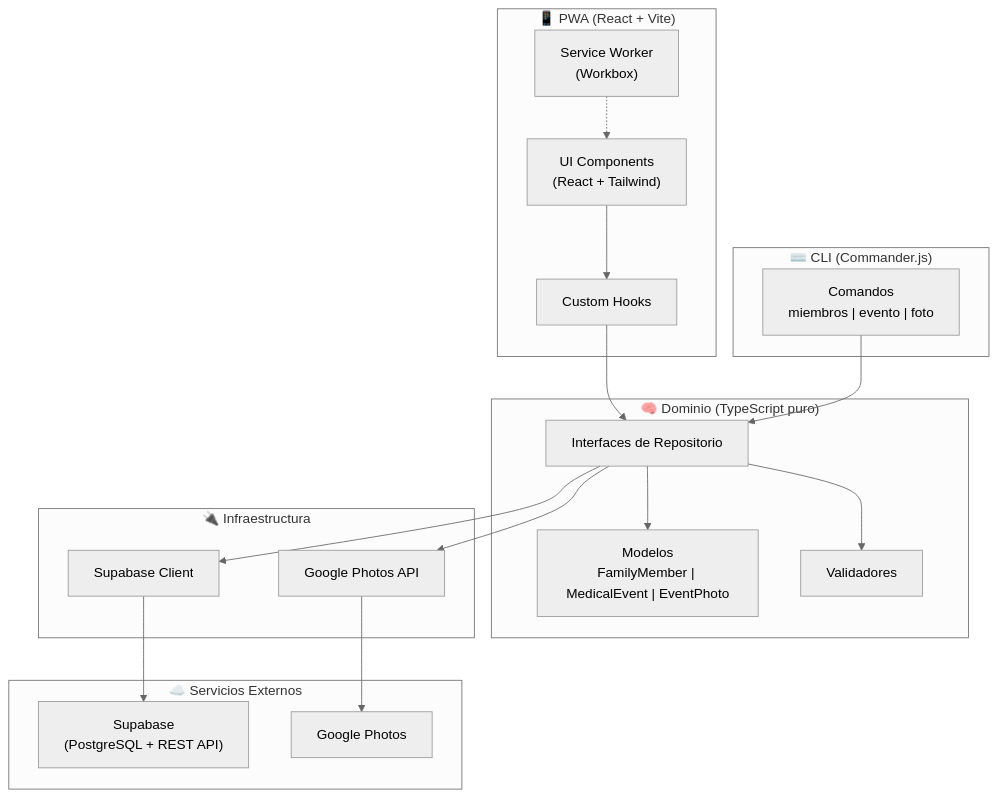
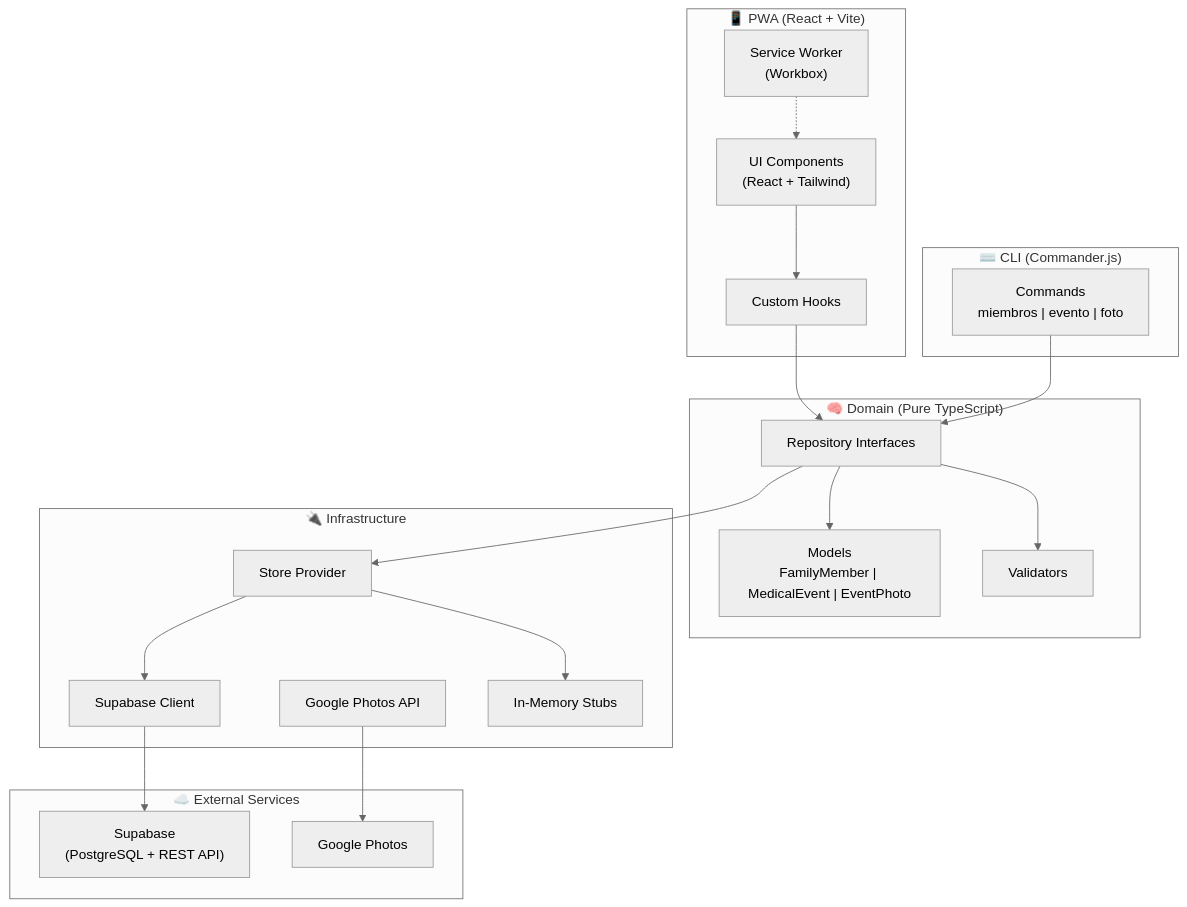
The diagram in docs/system-diagram.md (alejandroechev/medical-data-app), drawn with Mermaid (neutral theme) before and after one commit. The commit also changed other lines of this file and 5 other files, not shown here.

````diff
--- a/docs/system-diagram.md
+++ b/docs/system-diagram.md
@@ -3,39 +3,42 @@
 ```mermaid
 graph TB
-    subgraph Cliente["📱 PWA (React + Vite)"]
+    subgraph Client["📱 PWA (React + Vite)"]
         UI["UI Components<br/>(React + Tailwind)"]
         Hooks["Custom Hooks"]
         SW["Service Worker<br/>(Workbox)"]
     end
 
-    subgraph Dominio["🧠 Dominio (TypeScript puro)"]
-        Models["Modelos<br/>FamilyMember | MedicalEvent | EventPhoto"]
-        Validators["Validadores"]
-        Services["Interfaces de Repositorio"]
+    subgraph Domain["🧠 Domain (Pure TypeScript)"]
+        Models["Models<br/>FamilyMember | MedicalEvent | EventPhoto"]
+        Validators["Validators"]
+        Services["Repository Interfaces"]
     end
 
     subgraph CLI["⌨️ CLI (Commander.js)"]
-        Commands["Comandos<br/>miembros | evento | foto"]
+        Commands["Commands<br/>miembros | evento | foto"]
     end
 
-    subgraph Infra["🔌 Infraestructura"]
+    subgraph Infra["🔌 Infrastructure"]
         SupaClient["Supabase Client"]
         GoogleAPI["Google Photos API"]
+        InMemory["In-Memory Stubs"]
+        StoreProvider["Store Provider"]
     end
 
-    subgraph Externos["☁️ Servicios Externos"]
+    subgraph External["☁️ External Services"]
         Supabase["Supabase<br/>(PostgreSQL + REST API)"]
         GooglePhotos["Google Photos"]
     end
 
     UI --> Hooks
     Hooks --> Services
     Commands --> Services
     Services --> Validators
     Services --> Models
-    Services --> SupaClient
-    Services --> GoogleAPI
+    Services --> StoreProvider
+    StoreProvider --> SupaClient
+    StoreProvider --> InMemory
     SupaClient --> Supabase
     GoogleAPI --> GooglePhotos
     SW -.-> UI
 ```
````
